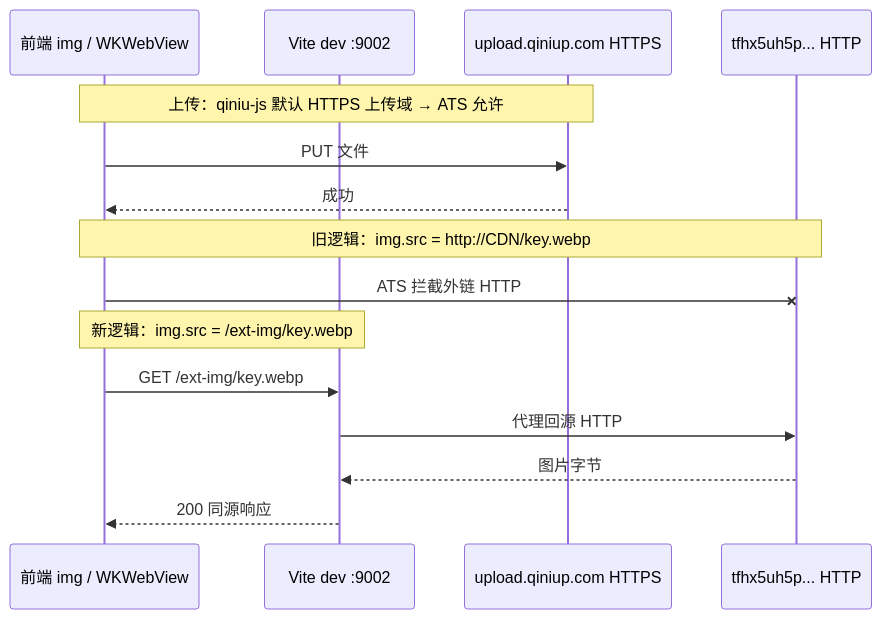
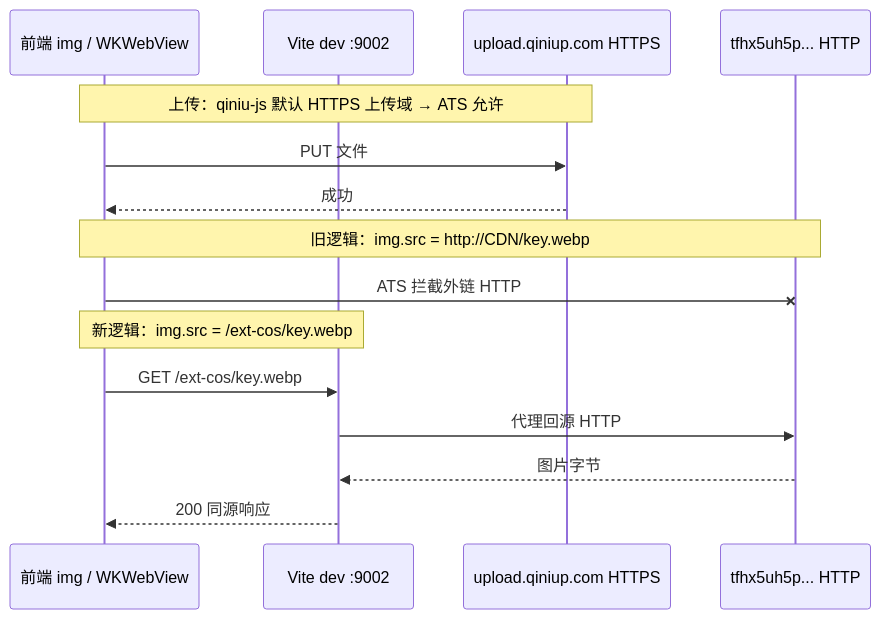
One commit to dnhyxc/dnhyxc-ai changed the diagram in docs/frontend/qiniu-dev-http-proxy.md. Above: the diagram before and after it, drawn with Mermaid. The commit also changed other lines of this file and 37 other files, not shown here.

````diff
--- a/docs/frontend/qiniu-dev-http-proxy.md
+++ b/docs/frontend/qiniu-dev-http-proxy.md
@@ -50,19 +52,19 @@
 ```mermaid
 sequenceDiagram
   participant UI as 前端 img / WKWebView
   participant Vite as Vite dev :9002
   participant QiniuUp as upload.qiniup.com HTTPS
   participant QiniuCDN as tfhx5uh5p... HTTP
 
   Note over UI,QiniuUp: 上传：qiniu-js 默认 HTTPS 上传域 → ATS 允许
   UI->>QiniuUp: PUT 文件
   QiniuUp-->>UI: 成功
 
   Note over UI,QiniuCDN: 旧逻辑：img.src = http://CDN/key.webp
   UI-xQiniuCDN: ATS 拦截外链 HTTP
-  Note over UI,Vite: 新逻辑：img.src = /ext-img/key.webp
-  UI->>Vite: GET /ext-img/key.webp
+  Note over UI,Vite: 新逻辑：img.src = /ext-cos/key.webp
+  UI->>Vite: GET /ext-cos/key.webp
   Vite->>QiniuCDN: 代理回源 HTTP
   QiniuCDN-->>Vite: 图片字节
   Vite-->>UI: 200 同源响应
 ```
````
